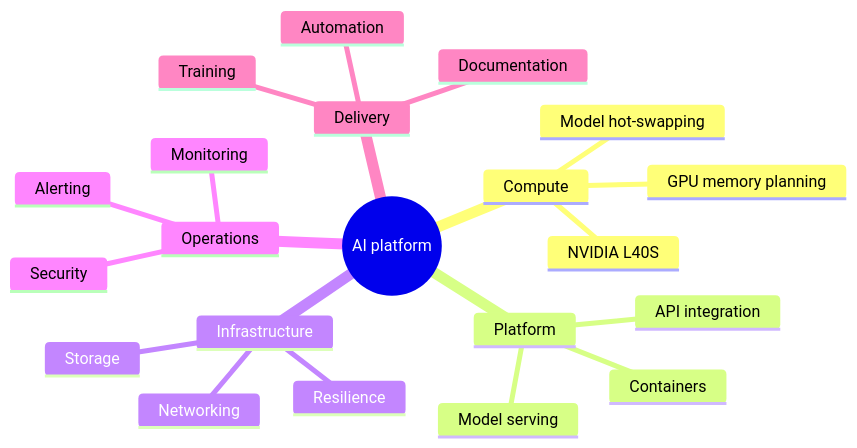
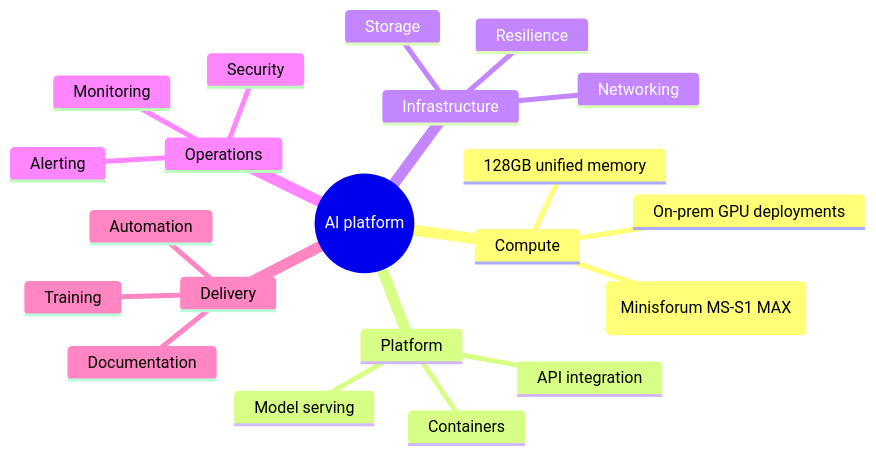
The fourth of 4 diagrams in README.md (nixfred/ai), drawn with Mermaid before and after one commit. The commit also changed other lines of this file and 2 other files, not shown here.

Commit message:
Update current lab hardware from L40S to hex
Replace current-inventory L40S and 184GB VRAM claims with hex, a
Minisforum MS-S1 MAX with 128GB unified memory. BTA AI POD figures stay
in the project timeline and By the Numbers section as past work.

````diff
--- a/README.md
+++ b/README.md
@@ -91,24 +91,24 @@
 ```mermaid
 mindmap
   root((AI platform))
     Compute
-      NVIDIA L40S
-      GPU memory planning
-      Model hot-swapping
+      hex (Minisforum MS-S1 MAX)
+      128GB unified memory
+      On-prem GPU deployments
     Platform
       Containers
       Model serving
       API integration
     Infrastructure
       Networking
       Storage
       Resilience
     Operations
       Monitoring
       Alerting
       Security
     Delivery
       Automation
       Documentation
       Training
 ```
````
